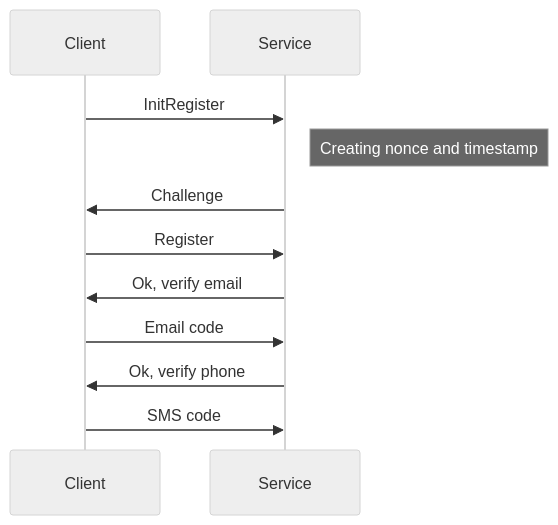
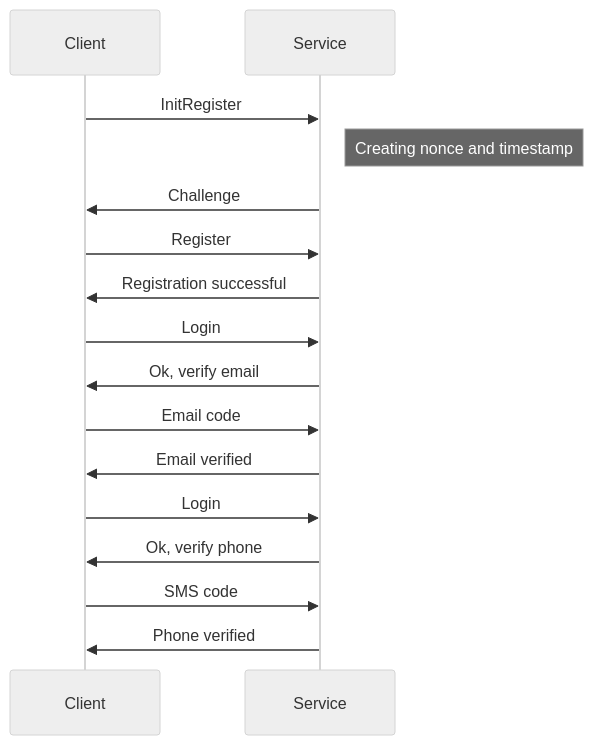
One commit to dforsber/isecure-ts-client changed the first of 3 diagrams in README.md. Above: the diagram before and after it, drawn with Mermaid (neutral theme). The commit also changed other lines of this file, not shown here.

Commit message:
More example flows

````diff
--- a/README.md
+++ b/README.md
@@ -27,13 +27,18 @@
 ```mermaid
 sequenceDiagram
     participant Client
     participant Service
     Client->>Service: InitRegister
     Note right of Service: Creating nonce and timestamp
     Service->>Client: Challenge
     Client->>Service: Register
+    Service->>Client: Registration successful
+    Client->>Service: Login
     Service->>Client: Ok, verify email
     Client->>Service: Email code
+    Service->>Client: Email verified
+    Client->>Service: Login
     Service->>Client: Ok, verify phone
     Client->>Service: SMS code
+    Service->>Client: Phone verified
 ```
````
